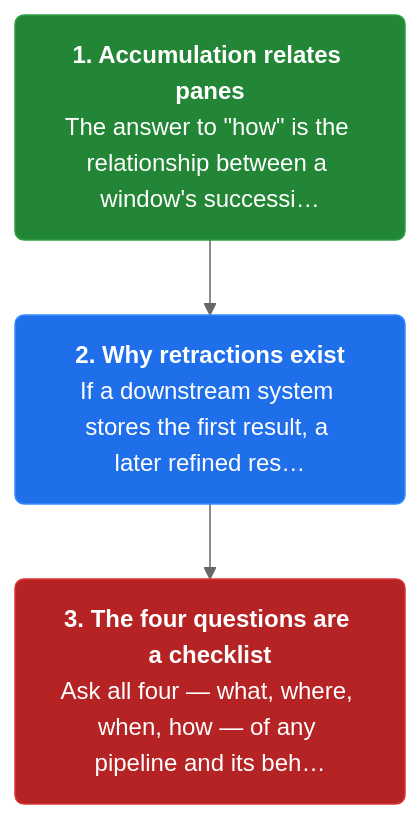
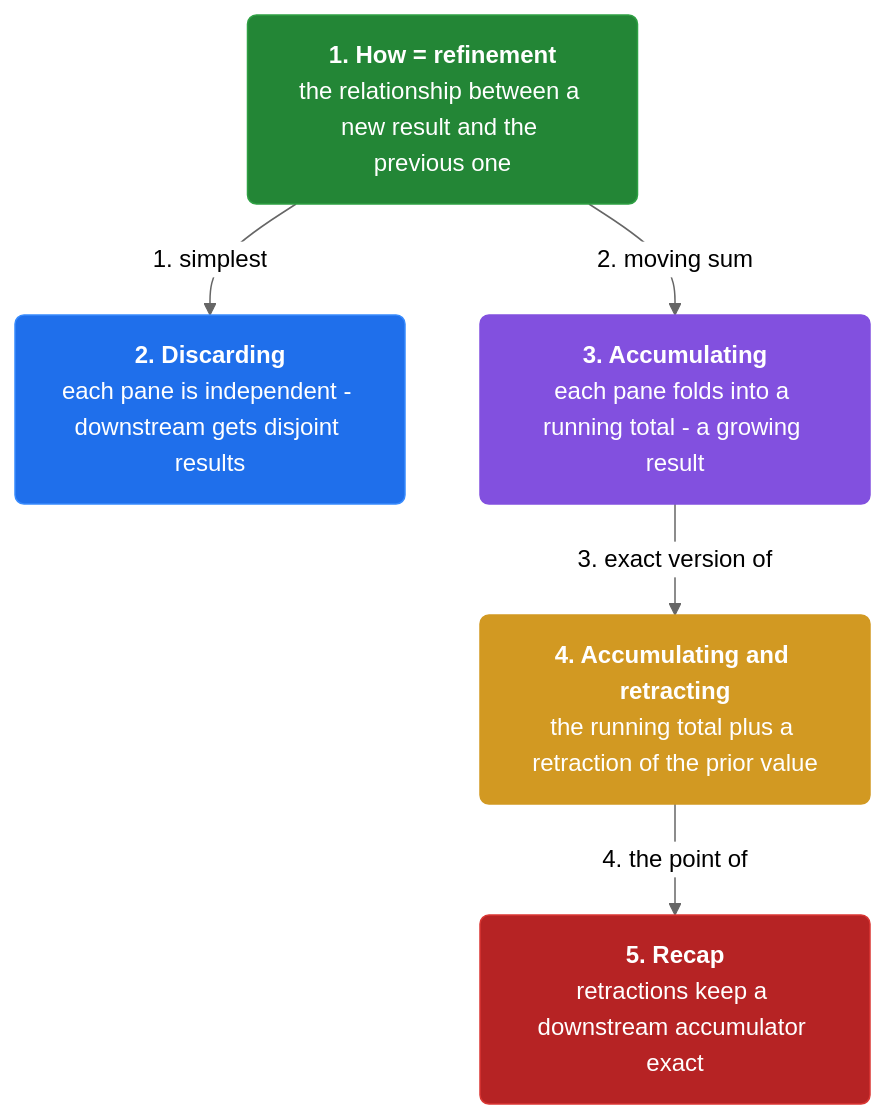
The third of 19 diagrams in docs/ch02-the-what-where-when-and-how-of-data-processing.md (vinayakuber/streaming-systems-study-guide), drawn with Mermaid (neutral theme) before and after one commit. The commit also changed other lines of this file and 12 other files, not shown here.

First line of the commit message:
Author per-section and per-card mermaid diagrams (110 diagrams)

````diff
--- a/docs/ch02-the-what-where-when-and-how-of-data-processing.md
+++ b/docs/ch02-the-what-where-when-and-how-of-data-processing.md
@@ -90,11 +100,17 @@
 ```mermaid
 flowchart TD
-  classDef step fill:#1f6feb,color:#ffffff,stroke:#388bfd,stroke-width:1px,rx:6
+  classDef step fill:#1f6feb,color:#ffffff,stroke:#388bfd,rx:6
+  classDef core fill:#8250df,color:#ffffff,stroke:#8250df,rx:6
+  classDef warn fill:#d29922,color:#ffffff,stroke:#d29922,rx:6
   classDef start fill:#238636,color:#ffffff,stroke:#2ea043,rx:6
   classDef stop fill:#b62324,color:#ffffff,stroke:#da3633,rx:6
-  s2n0["<b>1. Accumulation relates panes</b><br/>The answer to #quot;how#quot; is the relationship between a window's successi…"]:::start
-  s2n1["<b>2. Why retractions exist</b><br/>If a downstream system stores the first result, a later refined res…"]:::step
-  s2n2["<b>3. The four questions are a checklist</b><br/>Ask all four — what, where, when, how — of any pipeline and its beh…"]:::stop
-  s2n0 --> s2n1
-  s2n1 --> s2n2
+  n0["<b>1. How = refinement</b><br/>the relationship between a new result and the previous one"]:::start
+  n1["<b>2. Discarding</b><br/>each pane is independent - downstream gets disjoint results"]:::step
+  n2["<b>3. Accumulating</b><br/>each pane folds into a running total - a growing result"]:::core
+  n3["<b>4. Accumulating and retracting</b><br/>the running total plus a retraction of the prior value"]:::warn
+  n4["<b>5. Recap</b><br/>retractions keep a downstream accumulator exact"]:::stop
+  n0 -->|"1. simplest"| n1
+  n0 -->|"2. moving sum"| n2
+  n2 -->|"3. exact version of"| n3
+  n3 -->|"4. the point of"| n4
 ```
````
